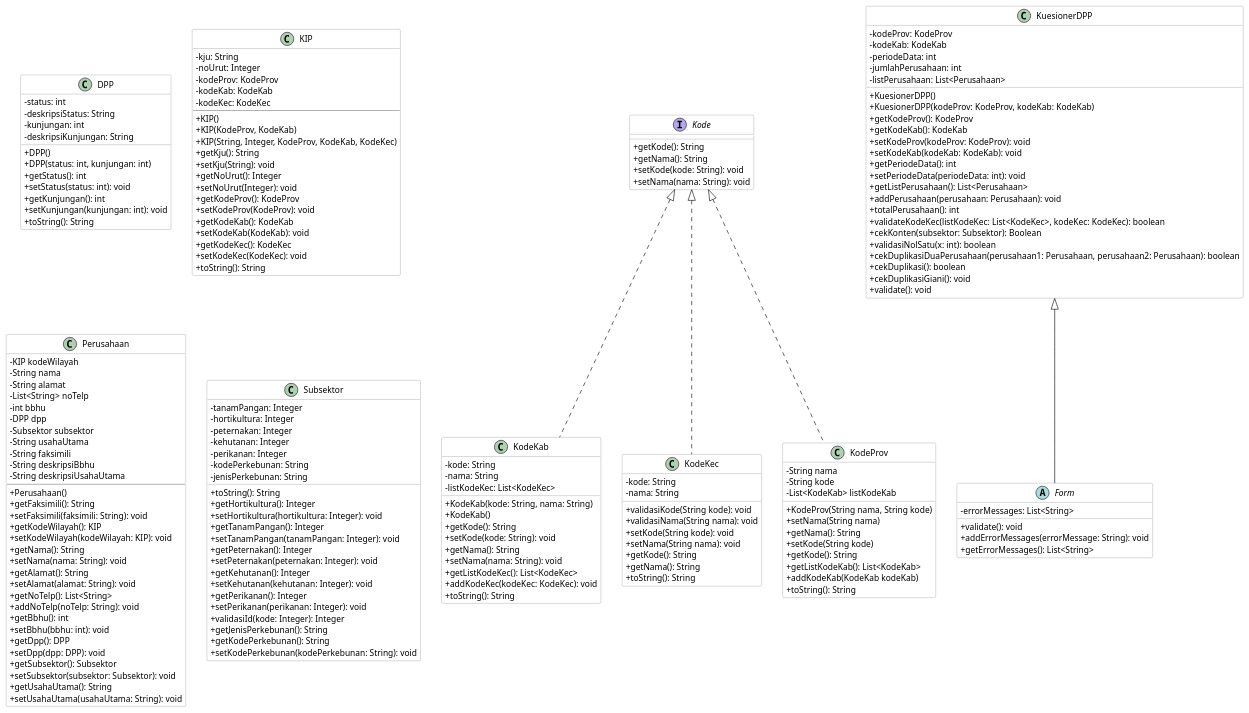
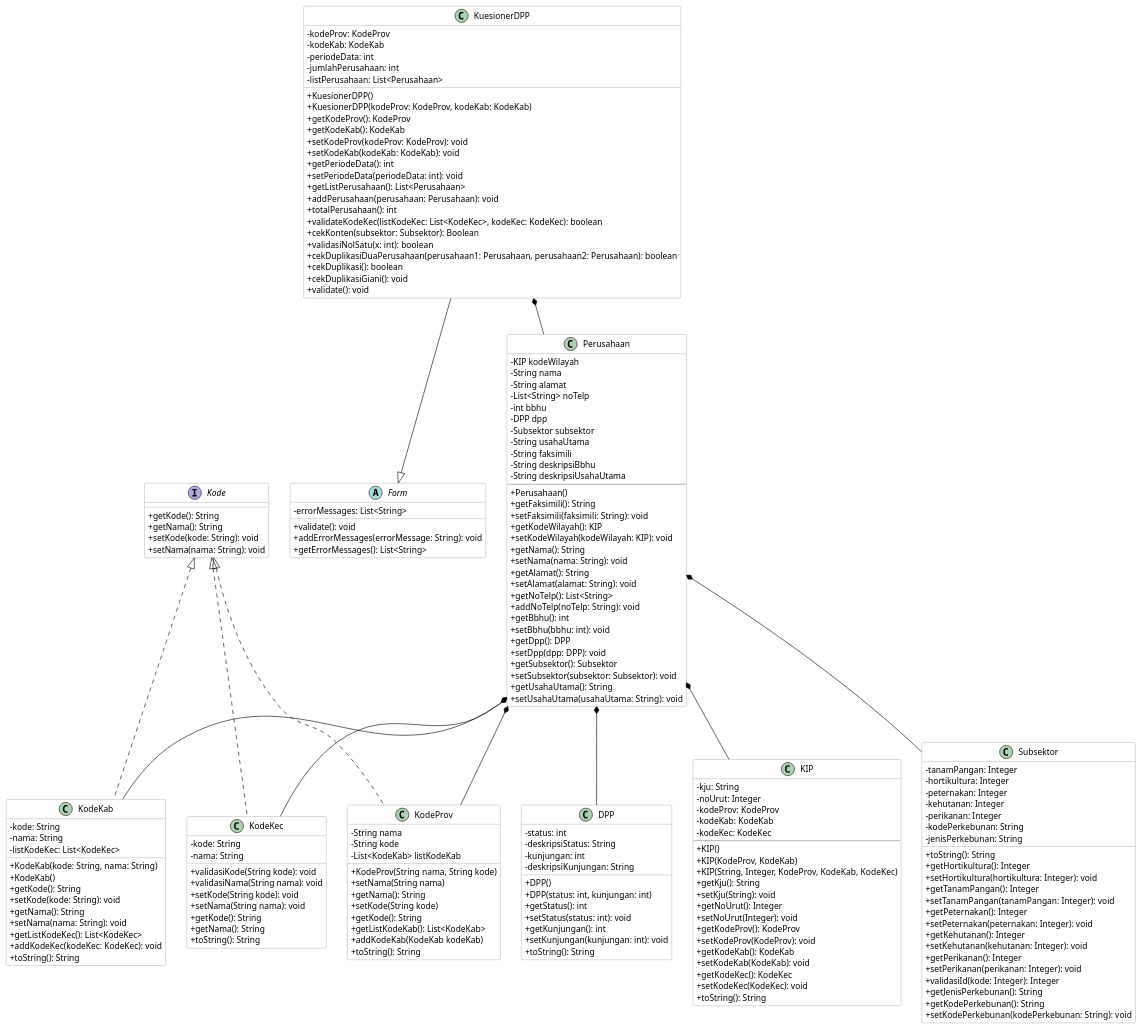
The diagram in ClassDiagram.puml (xthaj/KelTujuhDPP), drawn with PlantUML before and after one commit. The commit also changed 16 other files, not shown here.

```diff
--- a/ClassDiagram.puml
+++ b/ClassDiagram.puml
@@ -190,6 +190,14 @@
 + validate(): void
 }
 
-KuesionerDPP <|-- Form
+KuesionerDPP --|> Form
+KuesionerDPP *-- Perusahaan
+Perusahaan *-- DPP
+Perusahaan *-- KIP
+Perusahaan *-- KodeProv
+Perusahaan *-- KodeKab
+Perusahaan *-- KodeKec
+Perusahaan *-- Subsektor
+
 
 @enduml
```
